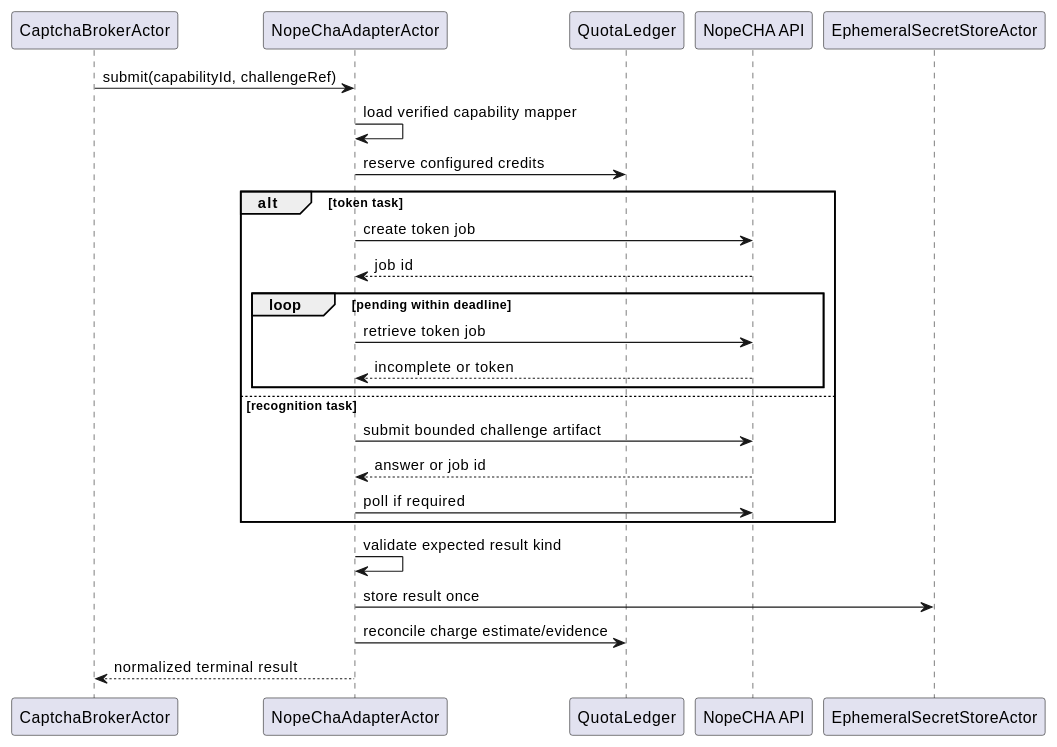
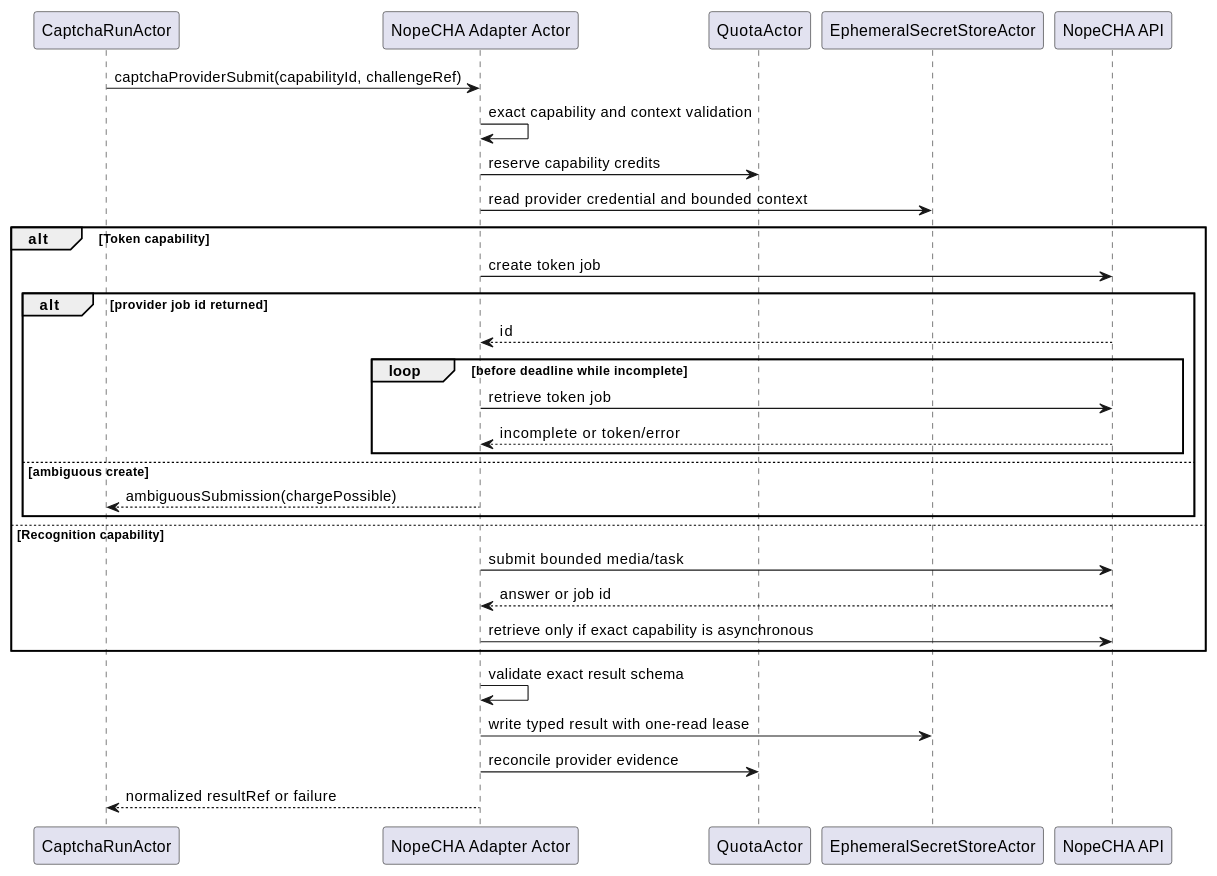
One commit to lost-rob0t/starintel-auto-research changed the second of 2 diagrams in roam/design/starintel-pro-actors/STAR-PRO-CAPTCHA-002-nopecha-adapter.org. Above: the diagram before and after it, drawn with PlantUML. The commit also changed other lines of this file, not shown here.

Commit message:
separate NopeCHA token and recognition runtime actors

```diff
--- a/roam/design/starintel-pro-actors/STAR-PRO-CAPTCHA-002-nopecha-adapter.org
+++ b/roam/design/starintel-pro-actors/STAR-PRO-CAPTCHA-002-nopecha-adapter.org
@@ -108,29 +163,34 @@
 #+begin_src plantuml
 @startuml
-participant "CaptchaBrokerActor" as Broker
-participant "NopeChaAdapterActor" as Adapter
-participant "QuotaLedger" as Quota
+participant "CaptchaRunActor" as Run
+participant "NopeCHA Adapter Actor" as Adapter
+participant "QuotaActor" as Quota
+participant "EphemeralSecretStoreActor" as Secrets
 participant "NopeCHA API" as API
-participant "EphemeralSecretStoreActor" as Secrets
 
-Broker -> Adapter : submit(capabilityId, challengeRef)
-Adapter -> Adapter : load verified capability mapper
-Adapter -> Quota : reserve configured credits
-alt token task
+Run -> Adapter : captchaProviderSubmit(capabilityId, challengeRef)
+Adapter -> Adapter : exact capability and context validation
+Adapter -> Quota : reserve capability credits
+Adapter -> Secrets : read provider credential and bounded context
+alt Token capability
   Adapter -> API : create token job
-  API --> Adapter : job id
-  loop pending within deadline
-    Adapter -> API : retrieve token job
-    API --> Adapter : incomplete or token
+  alt provider job id returned
+    API --> Adapter : id
+    loop before deadline while incomplete
+      Adapter -> API : retrieve token job
+      API --> Adapter : incomplete or token/error
+    end
+  else ambiguous create
+    Adapter --> Run : ambiguousSubmission(chargePossible)
   end
-else recognition task
-  Adapter -> API : submit bounded challenge artifact
+else Recognition capability
+  Adapter -> API : submit bounded media/task
   API --> Adapter : answer or job id
-  Adapter -> API : poll if required
+  Adapter -> API : retrieve only if exact capability is asynchronous
 end
-Adapter -> Adapter : validate expected result kind
-Adapter -> Secrets : store result once
-Adapter -> Quota : reconcile charge estimate/evidence
-Adapter --> Broker : normalized terminal result
+Adapter -> Adapter : validate exact result schema
+Adapter -> Secrets : write typed result with one-read lease
+Adapter -> Quota : reconcile provider evidence
+Adapter --> Run : normalized resultRef or failure
 @enduml
 #+end_src
```
